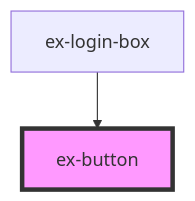
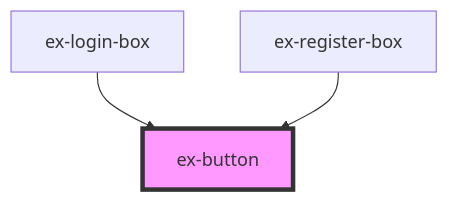
Before and after one commit to ExpressThat/Auth: the diagram in packages/ui/src/components/ex-button/readme.md, drawn with Mermaid. The commit also changed other lines of this file and 9 other files, not shown here.

First line of the commit message:
feat: add ExRegisterBox UI component for user registration

````diff
--- a/packages/ui/src/components/ex-button/readme.md
+++ b/packages/ui/src/components/ex-button/readme.md
@@ -66,5 +67,6 @@
 ```mermaid
 graph TD;
   ex-login-box --> ex-button
+  ex-register-box --> ex-button
   style ex-button fill:#f9f,stroke:#333,stroke-width:4px
 ```
````
